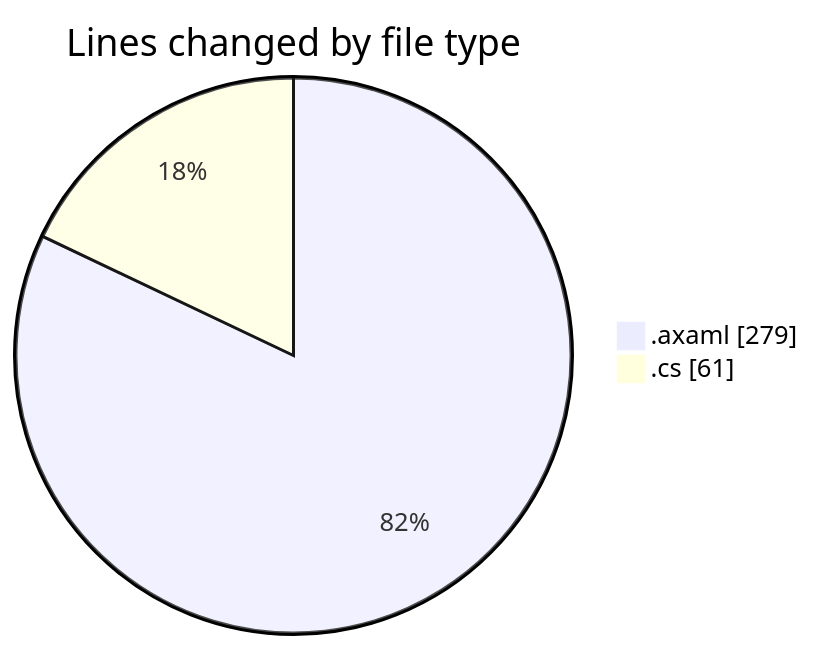
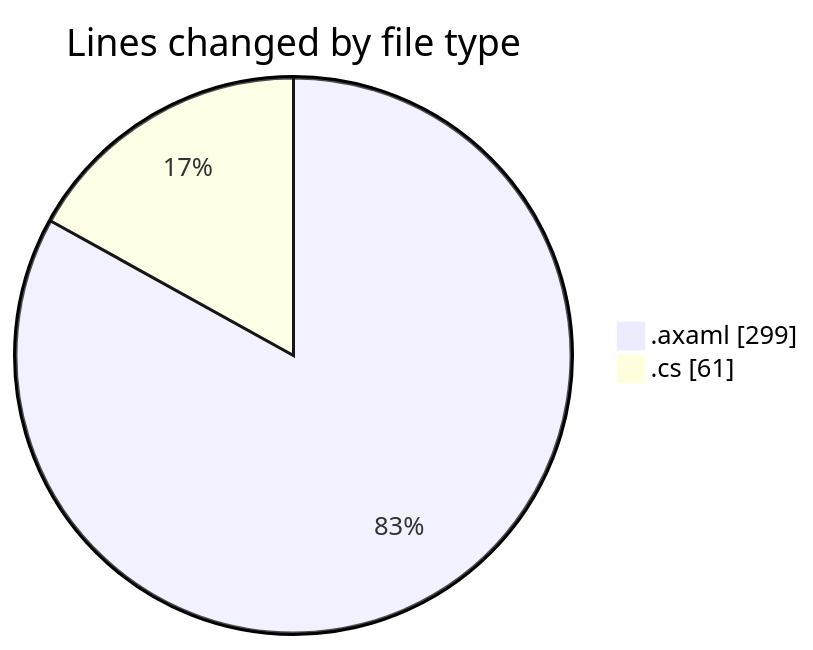
The first of 2 diagrams in 2025-10-25/skintrack/README.md (Netris89/code-tracking), drawn with Mermaid before and after one commit. The commit also changed other lines of this file and 1 other file, not shown here.

````diff
--- a/2025-10-25/skintrack/README.md
+++ b/2025-10-25/skintrack/README.md
@@ -24,6 +25,6 @@
 ```mermaid
 pie showData
 title Lines changed by file type
-".axaml" : 279
+".axaml" : 299
 ".cs" : 61
 ```
````
